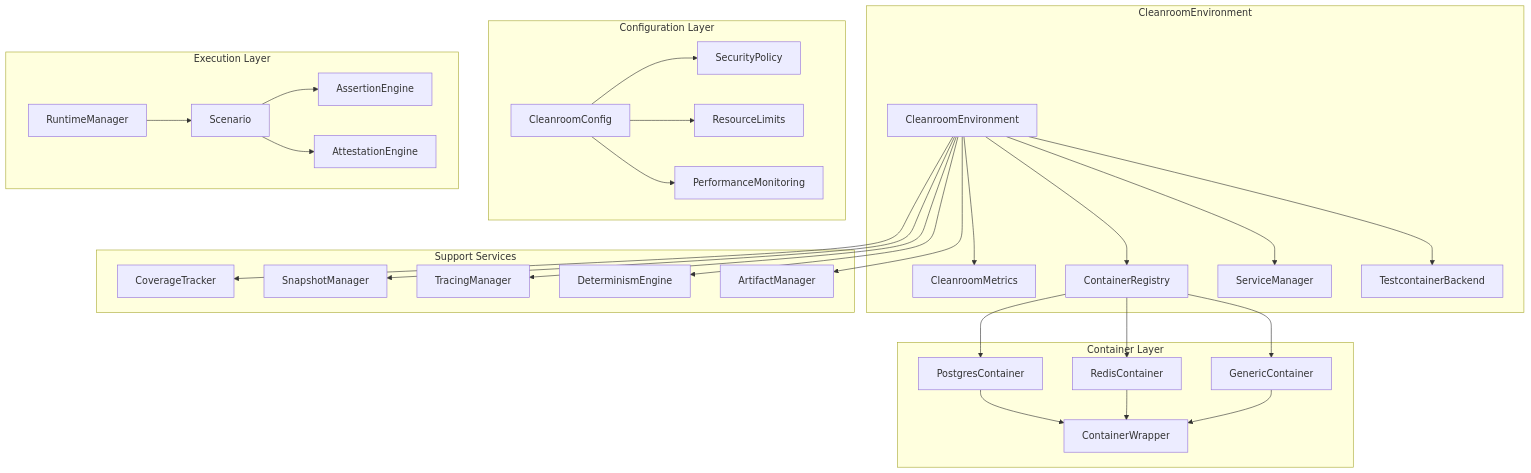
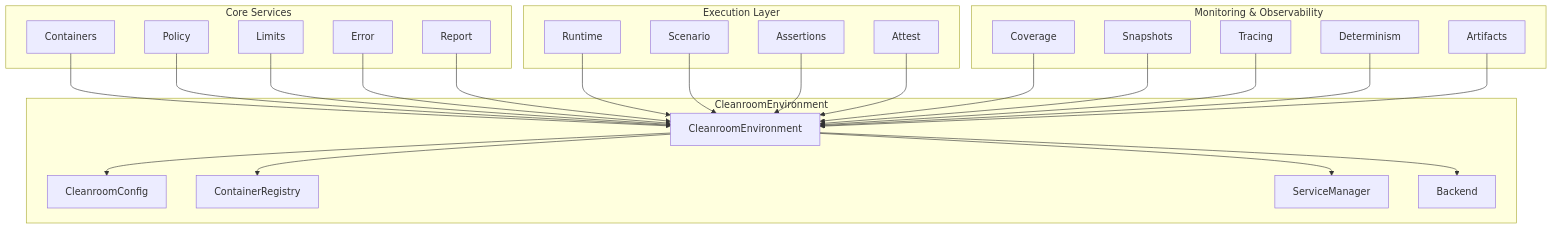
One commit to seanchatmangpt/ggen changed the first of 5 diagrams in cleanroom/docs/architecture-overview.md. Above: the diagram before and after it, drawn with Mermaid. The commit also changed other lines of this file and 47 other files, not shown here.

````diff
--- a/cleanroom/docs/architecture-overview.md
+++ b/cleanroom/docs/architecture-overview.md
@@ -9,65 +9,55 @@
 ```mermaid
 graph TB
     subgraph "CleanroomEnvironment"
         CE[CleanroomEnvironment]
-        CM[CleanroomMetrics]
+        CC[CleanroomConfig]
         CR[ContainerRegistry]
         SM[ServiceManager]
-        TC[TestcontainerBackend]
+        BE[Backend]
     end
-    
-    subgraph "Configuration Layer"
-        CC[CleanroomConfig]
-        SP[SecurityPolicy]
-        RL[ResourceLimits]
-        PM[PerformanceMonitoring]
+
+    subgraph "Core Services"
+        CON[Containers]
+        POL[Policy]
+        LIM[Limits]
+        ERR[Error]
+        REP[Report]
     end
-    
+
     subgraph "Execution Layer"
-        RT[RuntimeManager]
-        SC[Scenario]
-        AE[AssertionEngine]
-        AT[AttestationEngine]
+        RUN[Runtime]
+        SCE[Scenario]
+        ASS[Assertions]
+        ATT[Attest]
     end
-    
-    subgraph "Container Layer"
-        PC[PostgresContainer]
-        RC[RedisContainer]
-        GC[GenericContainer]
-        CW[ContainerWrapper]
+
+    subgraph "Monitoring & Observability"
+        COV[Coverage]
+        SNP[Snapshots]
+        TRA[Tracing]
+        DET[Determinism]
+        ART[Artifacts]
     end
-    
-    subgraph "Support Services"
-        CT[CoverageTracker]
-        ST[SnapshotManager]
-        TR[TracingManager]
-        DM[DeterminismEngine]
-        AM[ArtifactManager]
-    end
-    
-    CE --> CM
+
+    CE --> CC
     CE --> CR
     CE --> SM
-    CE --> TC
-    
-    CC --> SP
-    CC --> RL
-    CC --> PM
-    
-    RT --> SC
-    SC --> AE
-    SC --> AT
-    
-    CR --> PC
-    CR --> RC
-    CR --> GC
-    PC --> CW
-    RC --> CW
-    GC --> CW
-    
-    CE --> CT
-    CE --> ST
-    CE --> TR
-    CE --> DM
-    CE --> AM
+    CE --> BE
+
+    CON --> CE
+    POL --> CE
+    LIM --> CE
+    ERR --> CE
+    REP --> CE
+
+    RUN --> CE
+    SCE --> CE
+    ASS --> CE
+    ATT --> CE
+
+    COV --> CE
+    SNP --> CE
+    TRA --> CE
+    DET --> CE
+    ART --> CE
 ```
````
